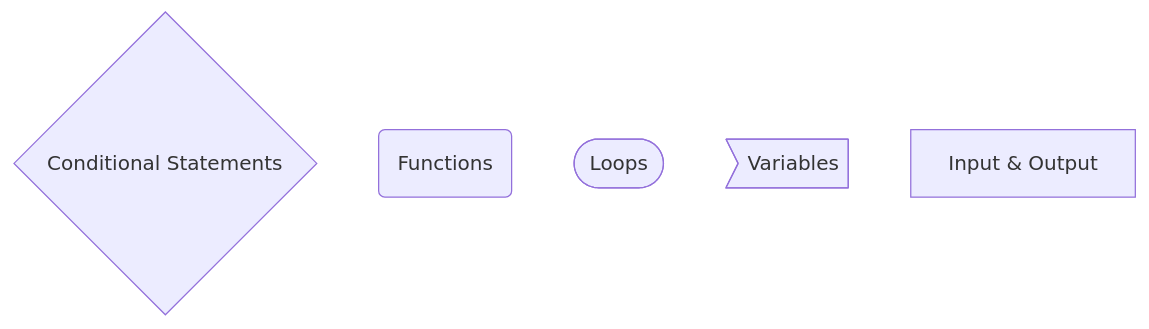
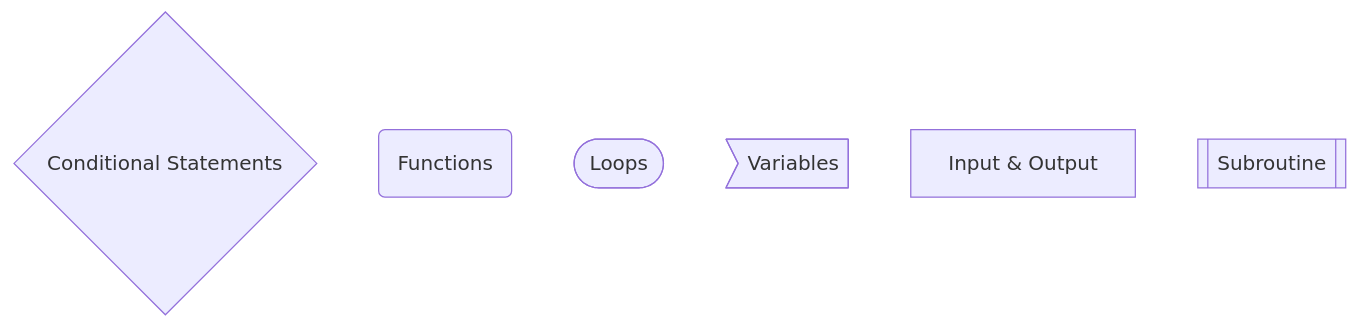
One commit to maclong9/harvard-compsci changed the diagram in README.md. Above: the diagram before and after it, drawn with Mermaid.

````diff
--- a/README.md
+++ b/README.md
@@ -11,8 +11,9 @@
 ```mermaid
 flowchart TD
     0{"Conditional Statements"}
     1("Functions")
     2(["Loops"])
     3>"Variables"]
     4["Input & Output"]
+    5[["Subroutine"]]
 ```
````
